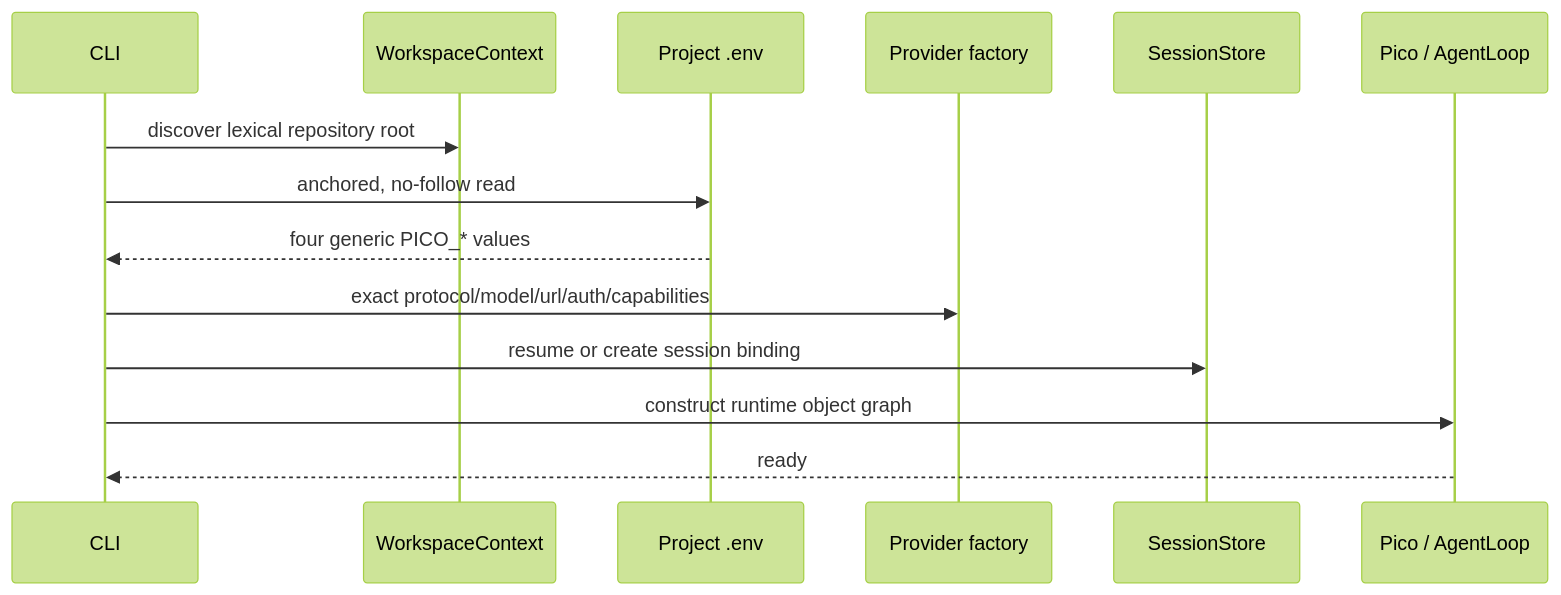
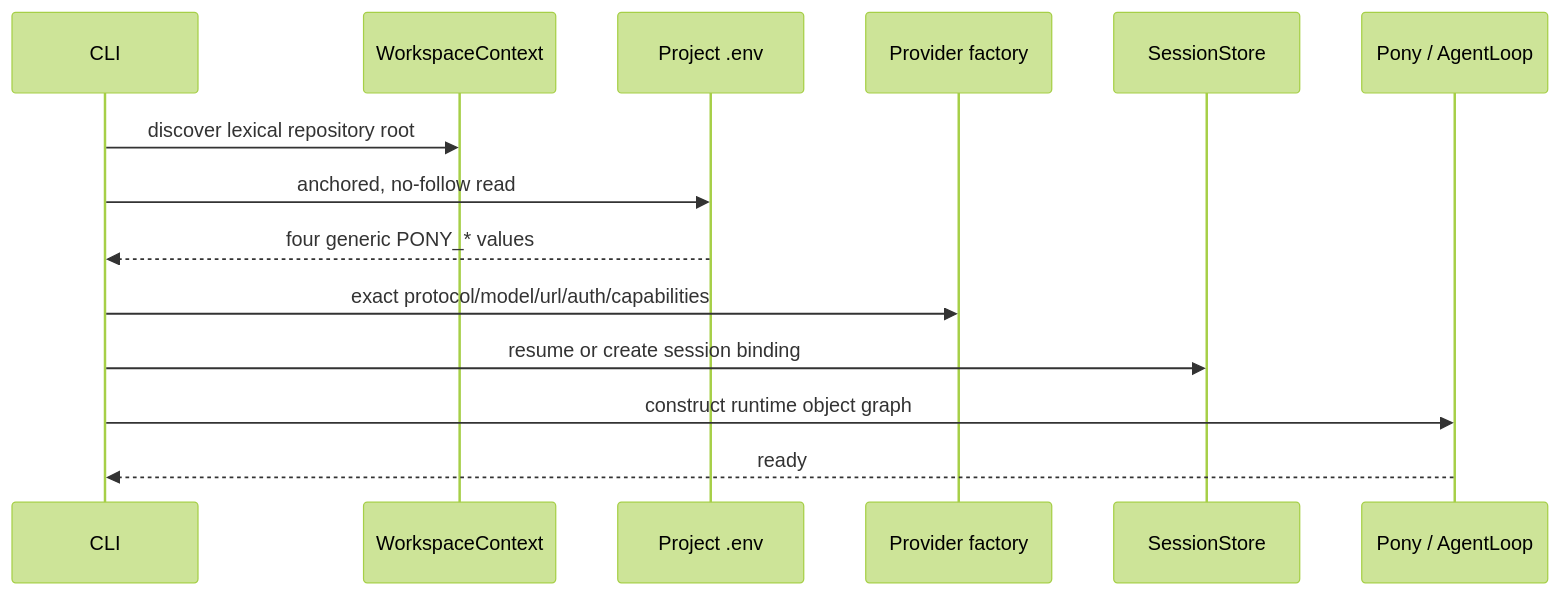
Before and after one commit to xiawiie/pony-code: the second of 5 diagrams in docs/architecture.md, drawn with Mermaid (forest theme). The commit also changed other lines of this file and 381 other files, not shown here.

````diff
--- a/docs/architecture.md
+++ b/docs/architecture.md
@@ -74,17 +74,17 @@
 ```mermaid
 sequenceDiagram
     participant C as CLI
     participant W as WorkspaceContext
     participant E as Project .env
     participant P as Provider factory
     participant S as SessionStore
-    participant A as Pico / AgentLoop
+    participant A as Pony / AgentLoop
 
     C->>W: discover lexical repository root
     C->>E: anchored, no-follow read
-    E-->>C: four generic PICO_* values
+    E-->>C: four generic PONY_* values
     C->>P: exact protocol/model/url/auth/capabilities
     C->>S: resume or create session binding
     C->>A: construct runtime object graph
     A-->>C: ready
 ```
````
